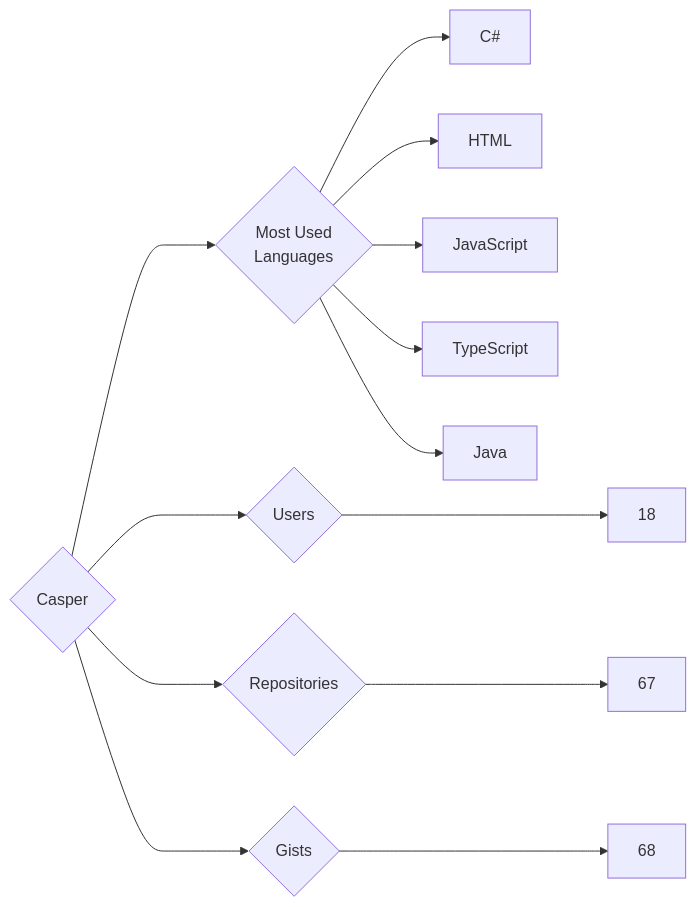
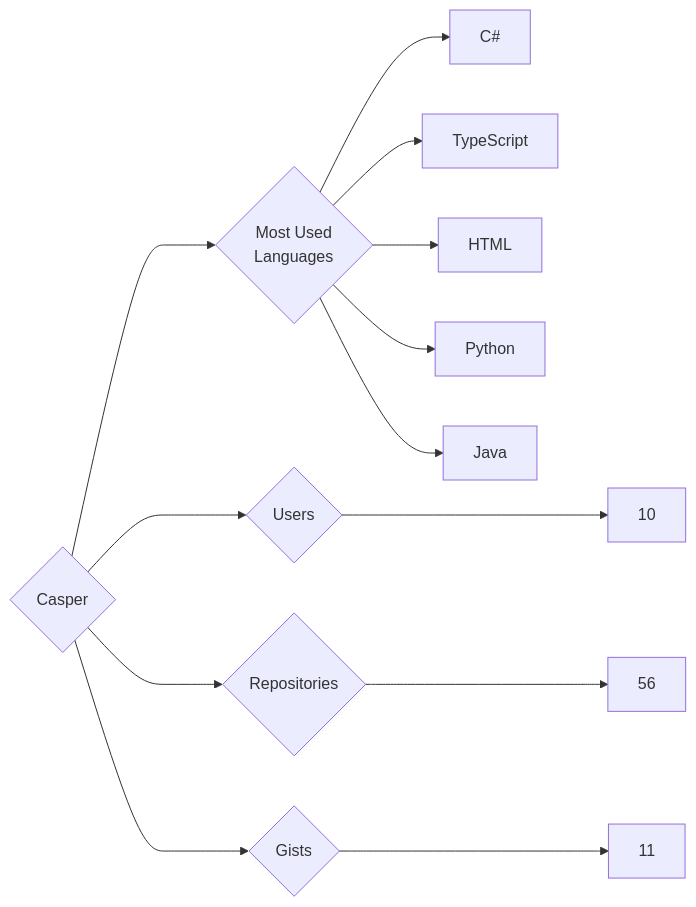
One commit to trickest/insiders changed the diagram in targets/Casper/README.md. Above: the diagram before and after it, drawn with Mermaid. The commit also changed 1084 other files, not shown here.

````diff
--- a/targets/Casper/README.md
+++ b/targets/Casper/README.md
@@ -3,13 +3,13 @@
 ```mermaid
 graph LR
 COMPANY_NAME{Casper}
-COMPANY_NAME ---> U{Users} ---> UN[18]
-COMPANY_NAME ---> R{Repositories} ---> RN[67]
-COMPANY_NAME ---> G{Gists} ---> GN[68]
+COMPANY_NAME ---> U{Users} ---> UN[10]
+COMPANY_NAME ---> R{Repositories} ---> RN[56]
+COMPANY_NAME ---> G{Gists} ---> GN[11]
 COMPANY_NAME ---> ML{Most Used<br>Languages}
 ML --> C#[C#]
+ML --> TypeScript[TypeScript]
 ML --> HTML[HTML]
-ML --> JavaScript[JavaScript]
-ML --> TypeScript[TypeScript]
+ML --> Python[Python]
 ML --> Java[Java]
 ```
````
